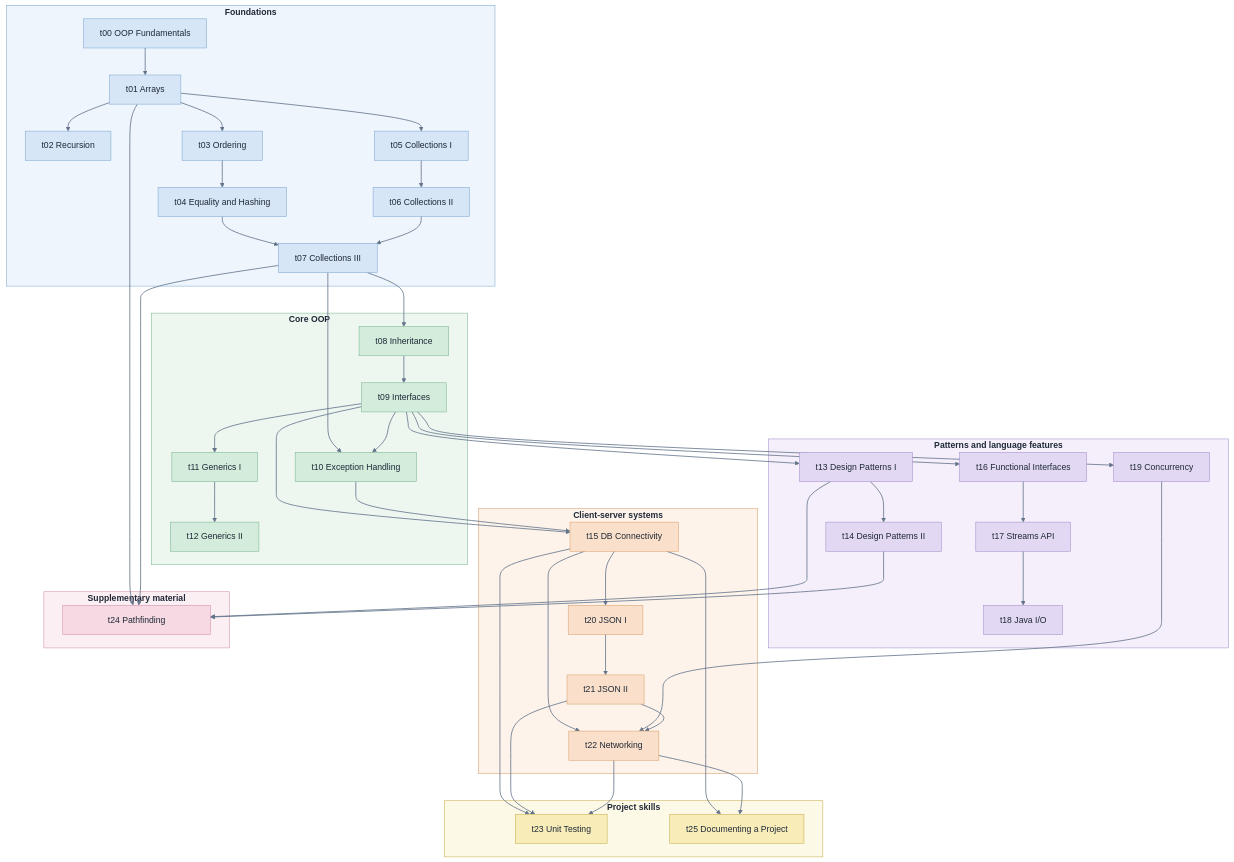
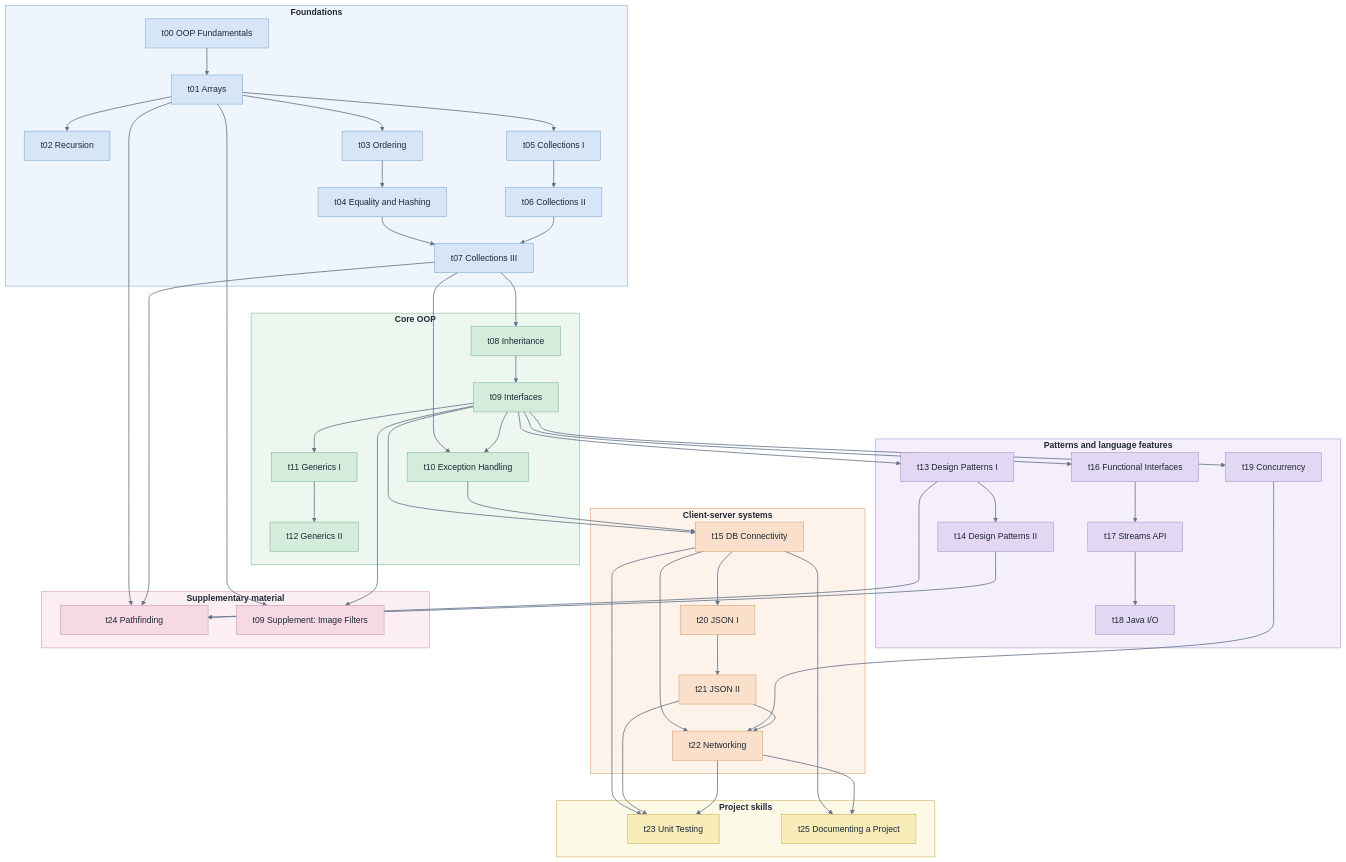
One commit to nmcguinness/L8-OOP-Module-Content changed the first of 2 diagrams in README.md. Above: the diagram before and after it, drawn with Mermaid. The commit also changed other lines of this file and 73 other files, not shown here.

````diff
--- a/README.md
+++ b/README.md
@@ -114,6 +115,7 @@
     end
     subgraph supplementary ["`**Supplementary material**`"]
         t24["#nbsp;#nbsp;#nbsp;#nbsp;#nbsp;#nbsp;#nbsp;#nbsp;#nbsp;#nbsp;#nbsp;#nbsp;t24 Pathfinding#nbsp;#nbsp;#nbsp;#nbsp;#nbsp;#nbsp;#nbsp;#nbsp;#nbsp;#nbsp;#nbsp;#nbsp;"]
+        t09s["t09 Supplement: Image Filters"]
     end
     t00 --> t01
     t01 --> t02
@@ -149,6 +151,8 @@
     t07 --> t24
     t13 --> t24
     t14 --> t24
+    t01 --> t09s
+    t09 --> t09s
     t15 --> t25
     t22 --> t25
     classDef foundationsNode fill:#D6E6F7,stroke:#7FA8D1,color:#1F2937
@@ -167,7 +171,7 @@
     style systems fill:#FDF3EA,stroke:#D9A06F,color:#1F2937
     class t23,t25 projectNode
     style project fill:#FDF9E7,stroke:#C9AE4F,color:#1F2937
-    class t24 supplementaryNode
+    class t24,t09s supplementaryNode
     style supplementary fill:#FCEFF3,stroke:#CF8FA6,color:#1F2937
     linkStyle default stroke:#64748B,stroke-width:1.5px
 ```
````
